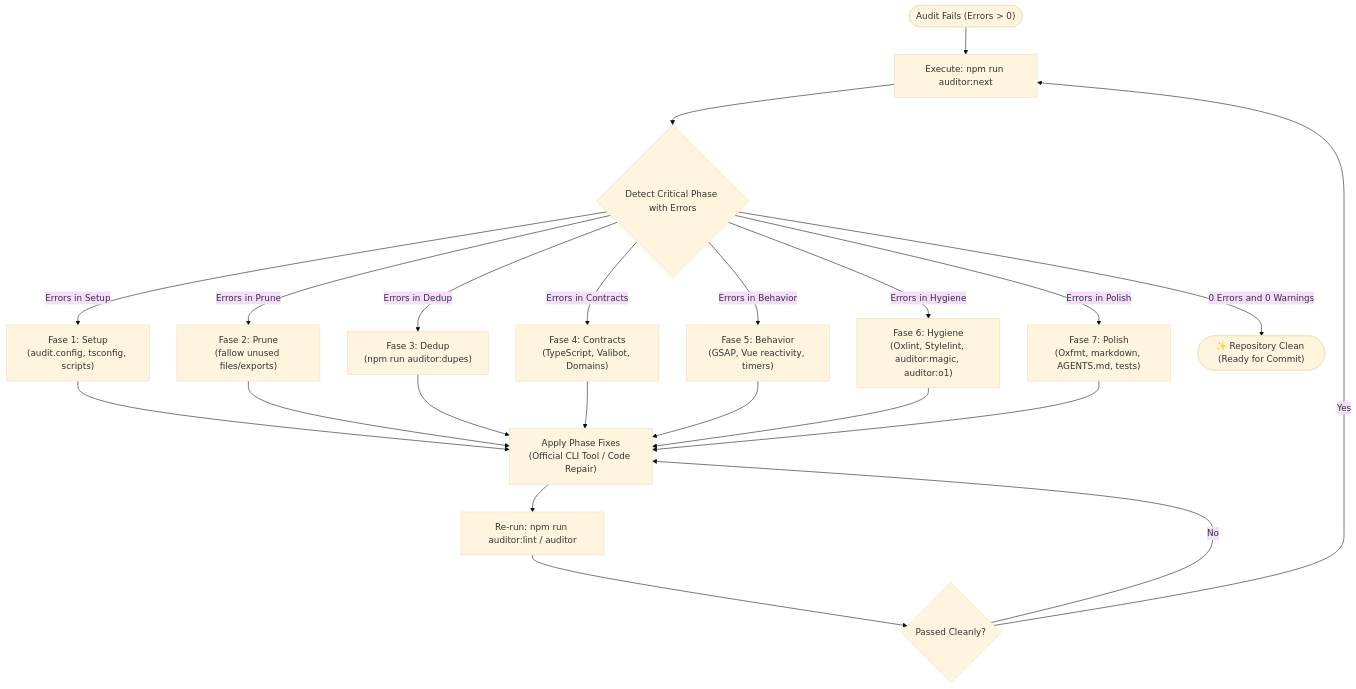
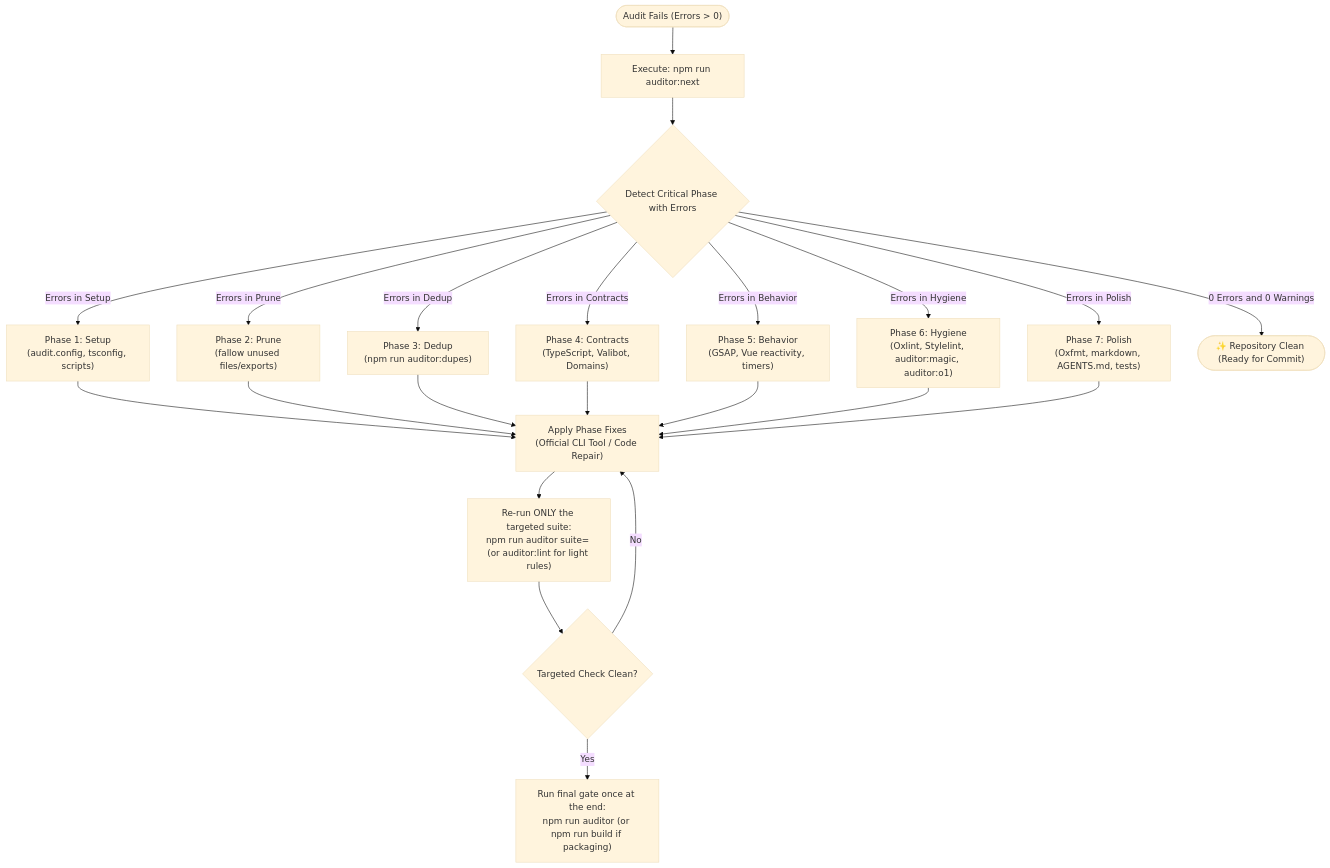
One commit to francogp/auditor changed the second of 2 diagrams in .agents/skills/auditor/references/remediation-order-guide.md. Above: the diagram before and after it, drawn with Mermaid (base theme). The commit also changed other lines of this file and 101 other files, not shown here.

First line of the commit message:
fix: modernize owned agent skills, DOX hierarchy, and CLI execution flows (v10.12.5)

````diff
--- a/.agents/skills/auditor/references/remediation-order-guide.md
+++ b/.agents/skills/auditor/references/remediation-order-guide.md
@@ -157,27 +167,27 @@
 ```mermaid
 flowchart TD
     START(["Audit Fails (Errors > 0)"]) --> CMD["Execute: npm run auditor:next"]
     CMD --> RESOLVE{"Detect Critical Phase with Errors"}
 
-    RESOLVE -->|Errors in Setup| S1["Fase 1: Setup\n(audit.config, tsconfig, scripts)"]
-    RESOLVE -->|Errors in Prune| S2["Fase 2: Prune\n(fallow unused files/exports)"]
-    RESOLVE -->|Errors in Dedup| S3["Fase 3: Dedup\n(npm run auditor:dupes)"]
-    RESOLVE -->|Errors in Contracts| S4["Fase 4: Contracts\n(TypeScript, Valibot, Domains)"]
-    RESOLVE -->|Errors in Behavior| S5["Fase 5: Behavior\n(GSAP, Vue reactivity, timers)"]
-    RESOLVE -->|Errors in Hygiene| S6["Fase 6: Hygiene\n(Oxlint, Stylelint, auditor:magic, auditor:o1)"]
-    RESOLVE -->|Errors in Polish| S7["Fase 7: Polish\n(Oxfmt, markdown, AGENTS.md, tests)"]
+    RESOLVE -->|Errors in Setup| S1["Phase 1: Setup\n(audit.config, tsconfig, scripts)"]
+    RESOLVE -->|Errors in Prune| S2["Phase 2: Prune\n(fallow unused files/exports)"]
+    RESOLVE -->|Errors in Dedup| S3["Phase 3: Dedup\n(npm run auditor:dupes)"]
+    RESOLVE -->|Errors in Contracts| S4["Phase 4: Contracts\n(TypeScript, Valibot, Domains)"]
+    RESOLVE -->|Errors in Behavior| S5["Phase 5: Behavior\n(GSAP, Vue reactivity, timers)"]
+    RESOLVE -->|Errors in Hygiene| S6["Phase 6: Hygiene\n(Oxlint, Stylelint, auditor:magic, auditor:o1)"]
+    RESOLVE -->|Errors in Polish| S7["Phase 7: Polish\n(Oxfmt, markdown, AGENTS.md, tests)"]
     RESOLVE -->|"0 Errors and 0 Warnings"| CLEAN(["✨ Repository Clean (Ready for Commit)"])
 
     S1 --> FIX["Apply Phase Fixes\n(Official CLI Tool / Code Repair)"]
     S2 --> FIX
     S3 --> FIX
     S4 --> FIX
     S5 --> FIX
     S6 --> FIX
     S7 --> FIX
 
-    FIX --> REAUDIT["Re-run: npm run auditor:lint / auditor"]
-    REAUDIT --> CHECK{"Passed Cleanly?"}
-    CHECK -->|Yes| CMD
+    FIX --> REAUDIT["Re-run ONLY the targeted suite:\nnpm run auditor suite=<id> (or auditor:lint for light rules)"]
+    REAUDIT --> CHECK{"Targeted Check Clean?"}
+    CHECK -->|Yes| FINAL["Run final gate once at the end:\nnpm run auditor (or npm run build if packaging)"]
     CHECK -->|No| FIX
 ```
````
